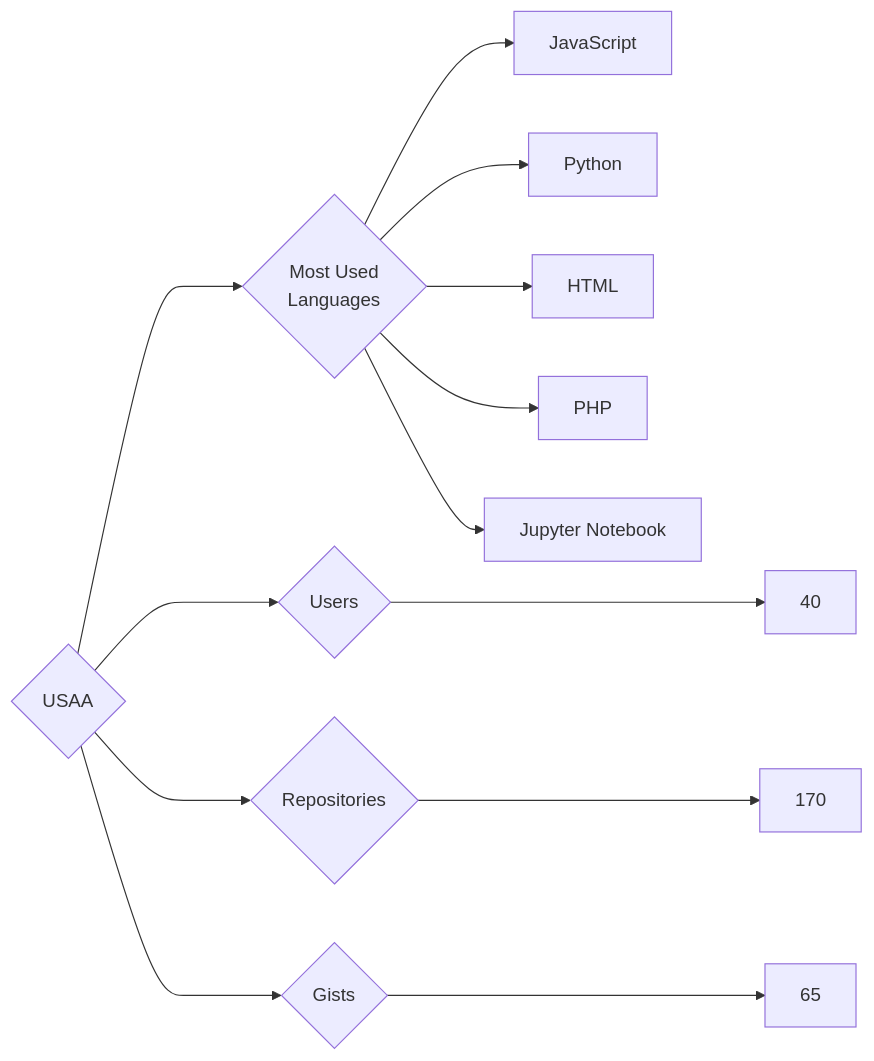
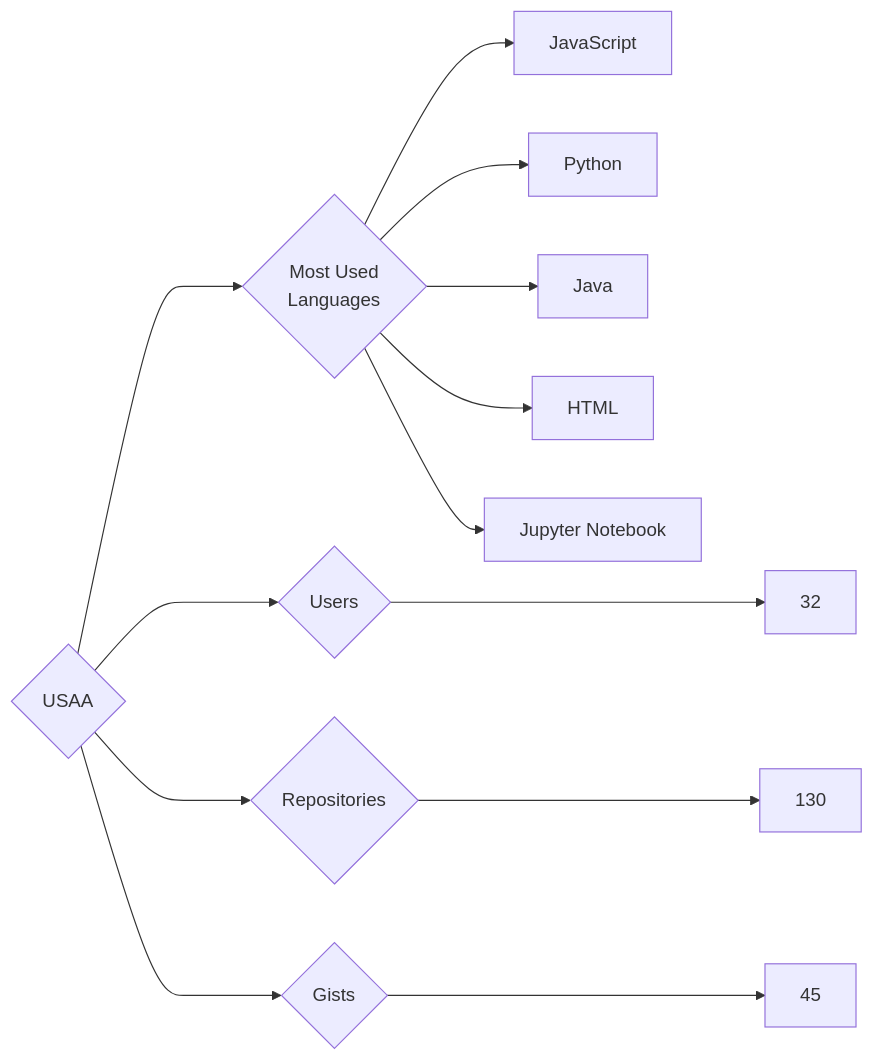
The diagram in targets/USAA/README.md (trickest/insiders), drawn with Mermaid before and after one commit. The commit also changed 728 other files, not shown here.

````diff
--- a/targets/USAA/README.md
+++ b/targets/USAA/README.md
@@ -3,13 +3,13 @@
 ```mermaid
 graph LR
 COMPANY_NAME{USAA}
-COMPANY_NAME ---> U{Users} ---> UN[40]
-COMPANY_NAME ---> R{Repositories} ---> RN[170]
-COMPANY_NAME ---> G{Gists} ---> GN[65]
+COMPANY_NAME ---> U{Users} ---> UN[32]
+COMPANY_NAME ---> R{Repositories} ---> RN[130]
+COMPANY_NAME ---> G{Gists} ---> GN[45]
 COMPANY_NAME ---> ML{Most Used<br>Languages}
 ML --> JavaScript[JavaScript]
 ML --> Python[Python]
+ML --> Java[Java]
 ML --> HTML[HTML]
-ML --> PHP[PHP]
 ML --> Jupyter_Notebook[Jupyter Notebook]
 ```
````
